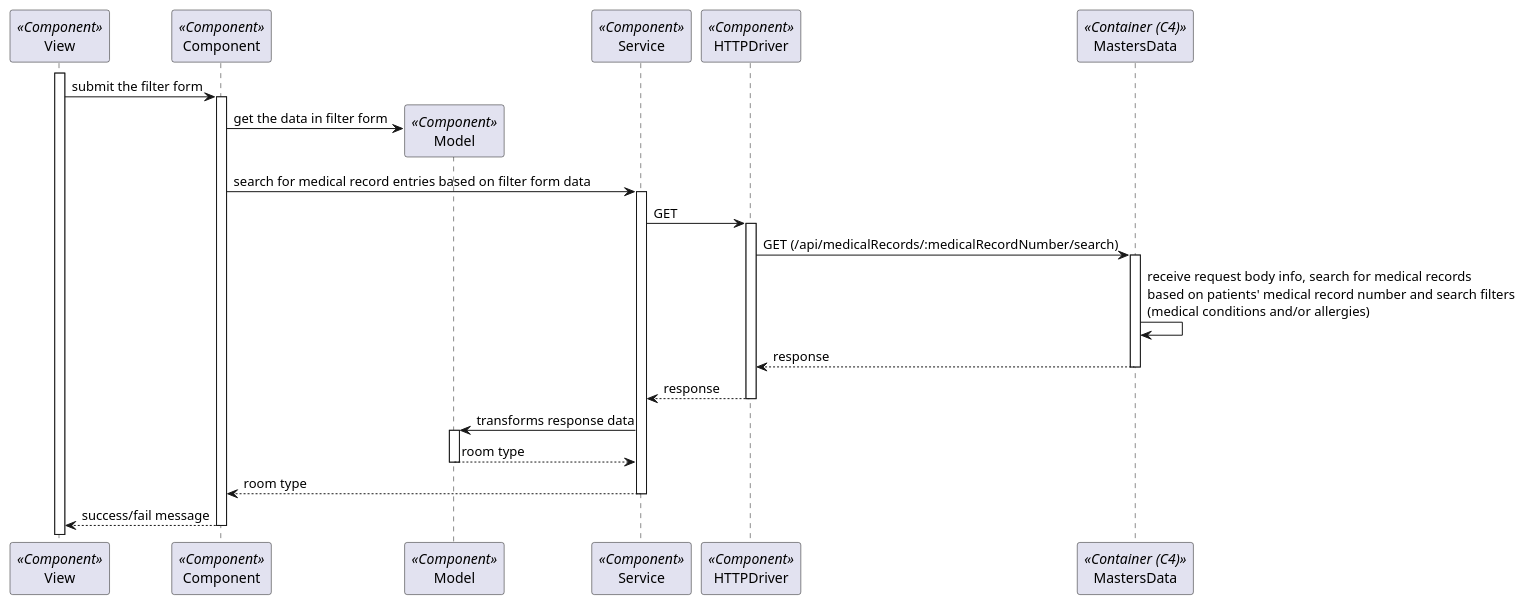
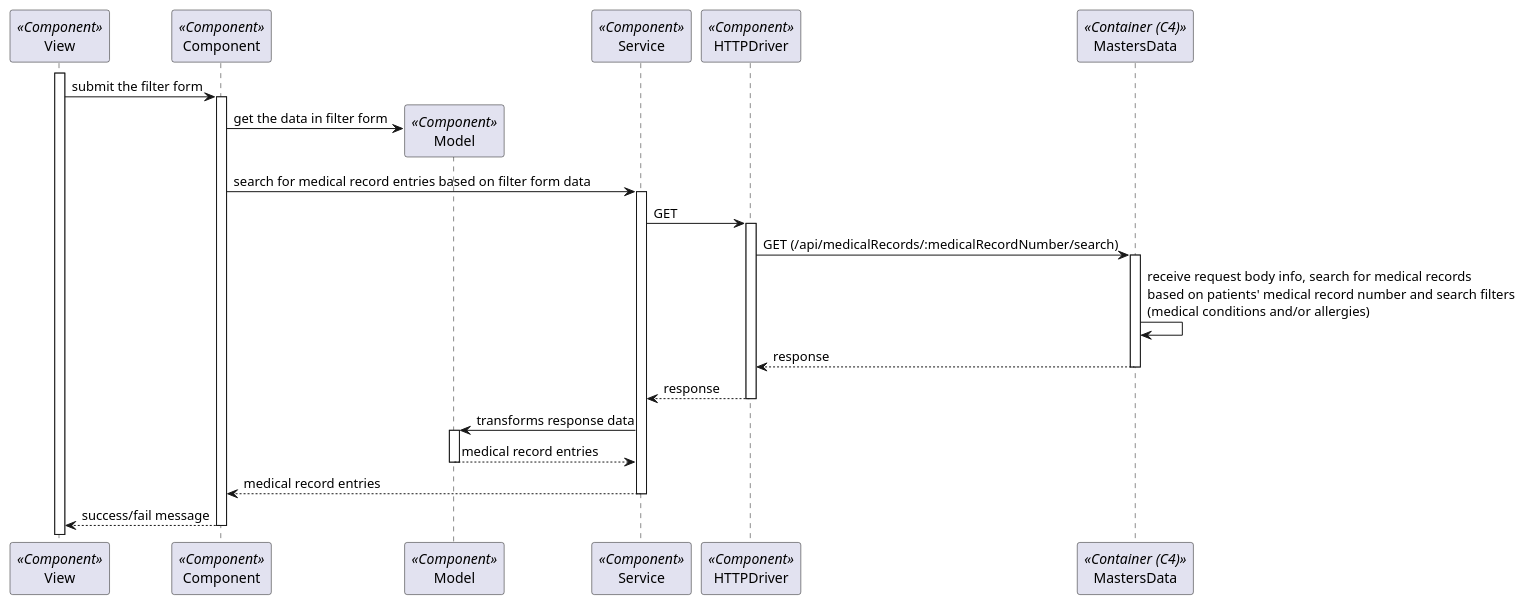
The diagram in docs/Sprint_3/Backoffice/US_7.2.7/L3/SPA/Process_View.puml (Rodrick0209/ISEP-SEM5PI-24-25), drawn with PlantUML before and after one commit. The commit also changed 12 other files, not shown here.

```diff
--- a/docs/Sprint_3/Backoffice/US_7.2.7/L3/SPA/Process_View.puml
+++ b/docs/Sprint_3/Backoffice/US_7.2.7/L3/SPA/Process_View.puml
@@ -2,28 +2,28 @@
 @startuml Process_View
 participant View as View <<Component>>
 participant Component as Component <<Component>>
 participant Model as Model <<Component>>
 participant Service as Service <<Component>>
 participant HTTPDriver as HTTPDriver <<Component>>
 participant MastersData as BE <<Container (C4)>>
 
 activate View
 View -> Component: submit the filter form
 activate Component
 Component -> Model**: get the data in filter form
 Component -> Service: search for medical record entries based on filter form data
 activate Service
 Service -> HTTPDriver: GET
 activate HTTPDriver
 HTTPDriver -> BE: GET (/api/medicalRecords/:medicalRecordNumber/search)
 activate BE
 BE -> BE: receive request body info, search for medical records \nbased on patients' medical record number and search filters\n(medical conditions and/or allergies)
 return response
 return response
 Service -> Model: transforms response data
 activate Model
-return room type
-return room type
+return medical record entries
+return medical record entries
 return success/fail message
 
 @enduml
```
